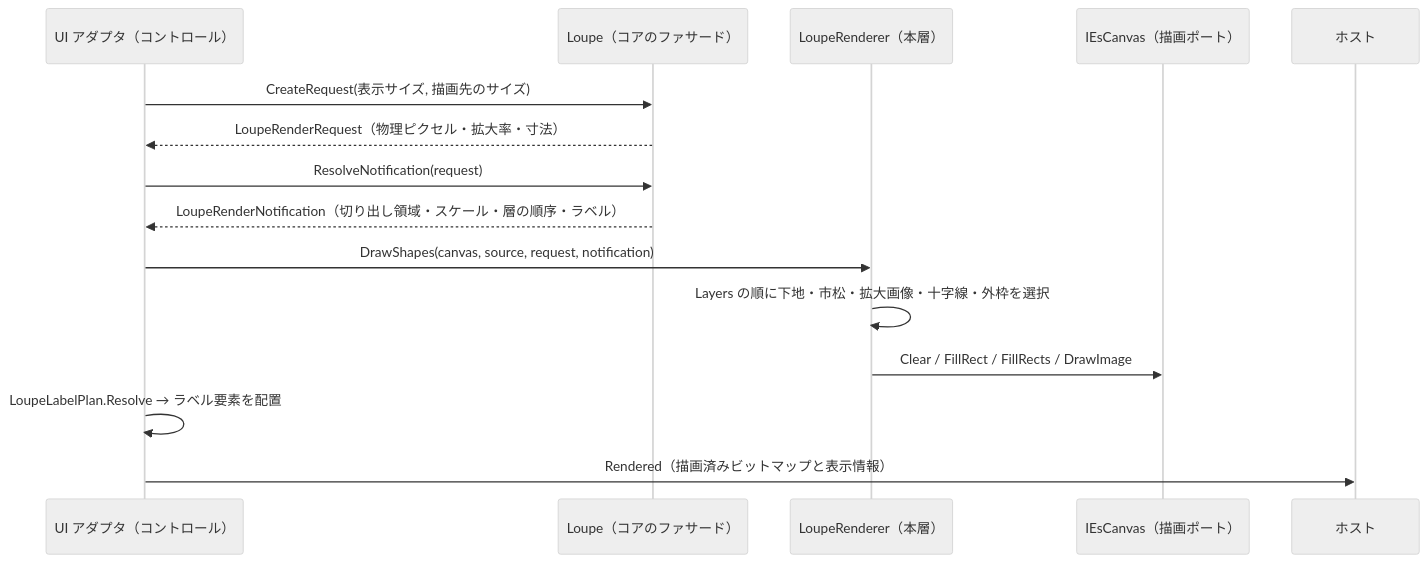
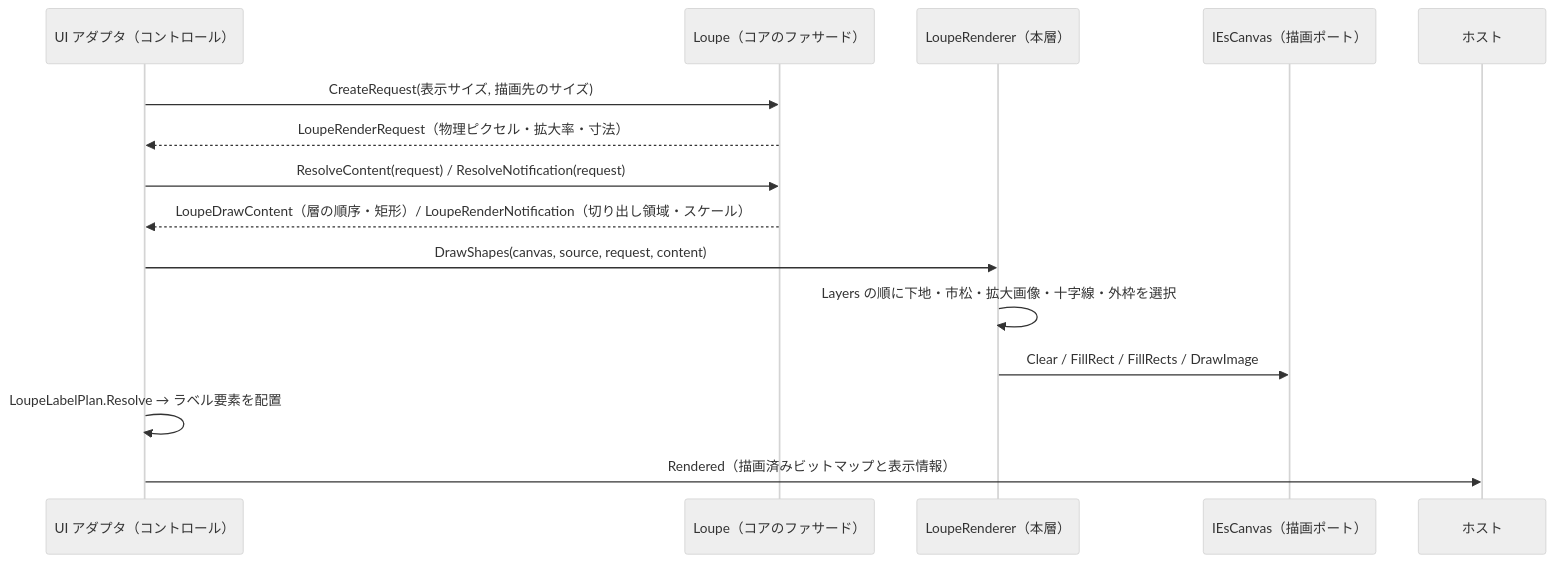
Before and after one commit to tomokuni/SaveEvidence: the first of 3 diagrams in src/LoupeControl.UIBase/SPEC_System.md, drawn with Mermaid (neutral theme). The commit also changed other lines of this file and 72 other files, not shown here.

````diff
--- a/src/LoupeControl.UIBase/SPEC_System.md
+++ b/src/LoupeControl.UIBase/SPEC_System.md
@@ -53,18 +53,18 @@
 ```mermaid
 sequenceDiagram
     participant UI as UI アダプタ（コントロール）
     participant L as Loupe（コアのファサード）
     participant R as LoupeRenderer（本層）
     participant C as IEsCanvas（描画ポート）
     participant H as ホスト
 
     UI->>L: CreateRequest(表示サイズ, 描画先のサイズ)
     L-->>UI: LoupeRenderRequest（物理ピクセル・拡大率・寸法）
-    UI->>L: ResolveNotification(request)
-    L-->>UI: LoupeRenderNotification（切り出し領域・スケール・層の順序・ラベル）
-    UI->>R: DrawShapes(canvas, source, request, notification)
+    UI->>L: ResolveContent(request) / ResolveNotification(request)
+    L-->>UI: LoupeDrawContent（層の順序・矩形）/ LoupeRenderNotification（切り出し領域・スケール）
+    UI->>R: DrawShapes(canvas, source, request, content)
     R->>R: Layers の順に下地・市松・拡大画像・十字線・外枠を選択
     R->>C: Clear / FillRect / FillRects / DrawImage
     UI->>UI: LoupeLabelPlan.Resolve → ラベル要素を配置
     UI->>H: Rendered（描画済みビットマップと表示情報）
 ```
````
